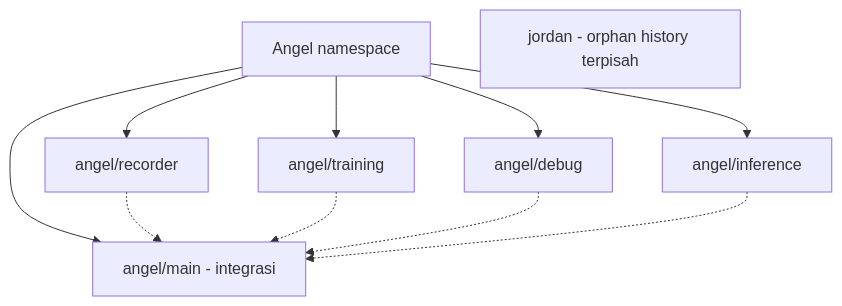
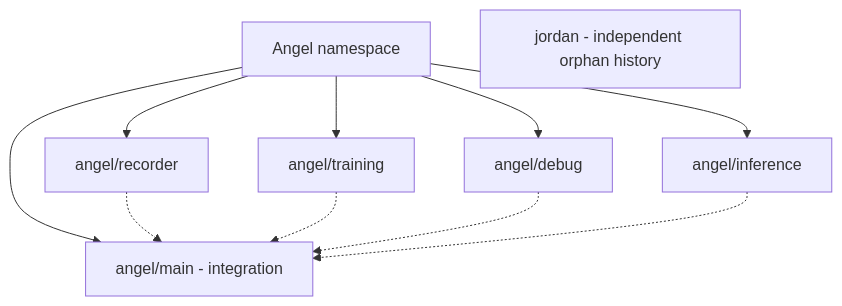
The first of 2 diagrams in docs/BRANCHES.md (angelinemar/NSTC-Surgical-Instrument-Pick-Place), drawn with Mermaid before and after one commit. The commit also changed other lines of this file and 10 other files, not shown here.

Commit message:
Translate reader-facing documentation and diagrams into English

````diff
--- a/docs/BRANCHES.md
+++ b/docs/BRANCHES.md
@@ -9,13 +8,13 @@
 ```mermaid
 flowchart TD
-    A["Angel namespace"] --> M["angel/main - integrasi"]
+    A["Angel namespace"] --> M["angel/main - integration"]
     A --> R["angel/recorder"]
     A --> T["angel/training"]
     A --> D["angel/debug"]
     A --> I["angel/inference"]
     R -.-> M
     T -.-> M
     D -.-> M
     I -.-> M
-    J["jordan - orphan history terpisah"]
+    J["jordan - independent orphan history"]
 ```
````
